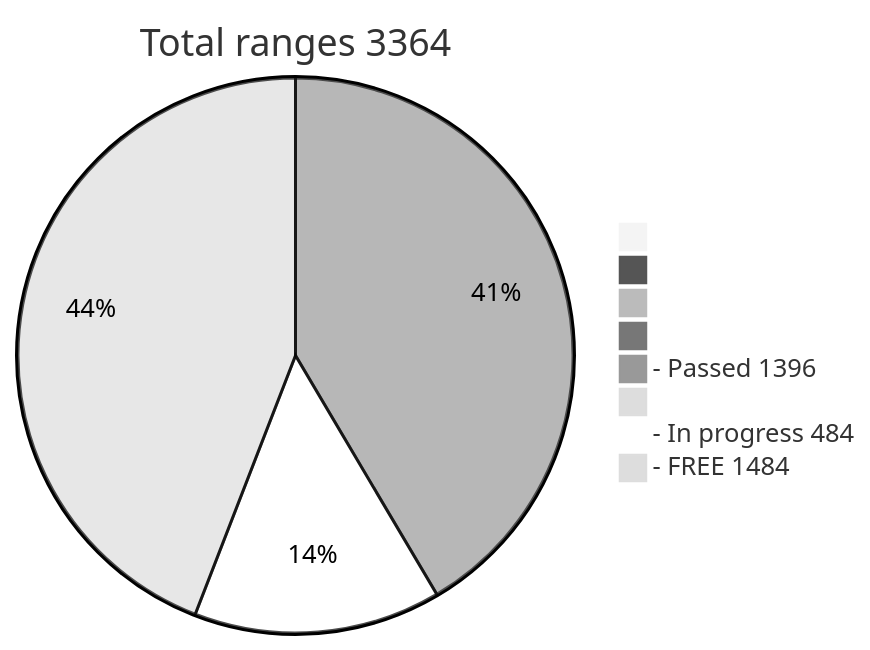
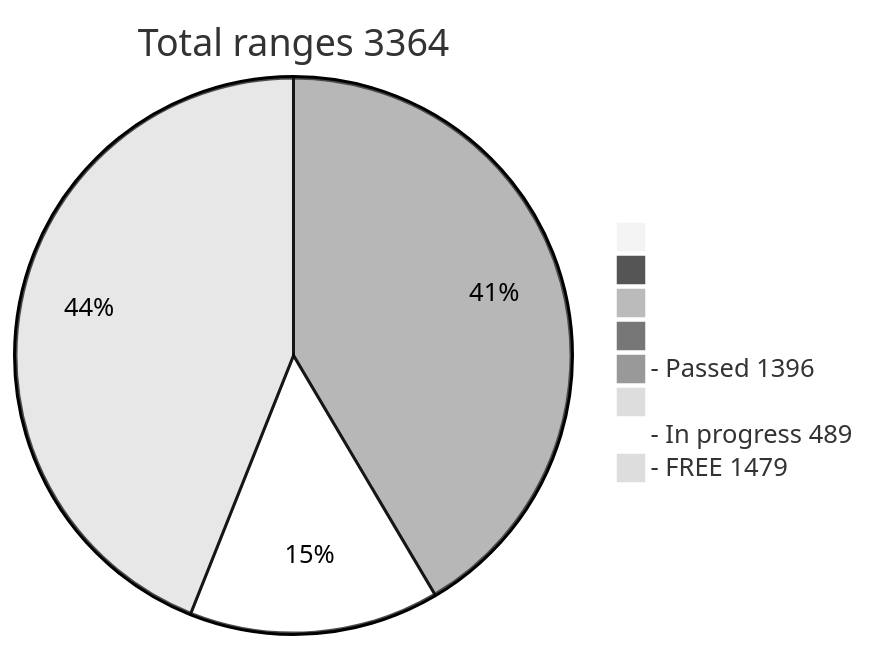
One commit to phrutis/wif500 changed the diagram in README.md. Above: the diagram before and after it, drawn with Mermaid (neutral theme).

````diff
--- a/README.md
+++ b/README.md
@@ -16,12 +16,12 @@
 ```mermaid
 pie title Total ranges 3364
              " " : 0
             "  " : 0
            "   " : 0
           "    " : 0
   "- Passed 1396" : 1396
          "     " : 0
-  "- In progress 484" : 484
-   "- FREE 1484" : 1484
+  "- In progress 489" : 489
+   "- FREE 1479" : 1479
    
 ```
````
